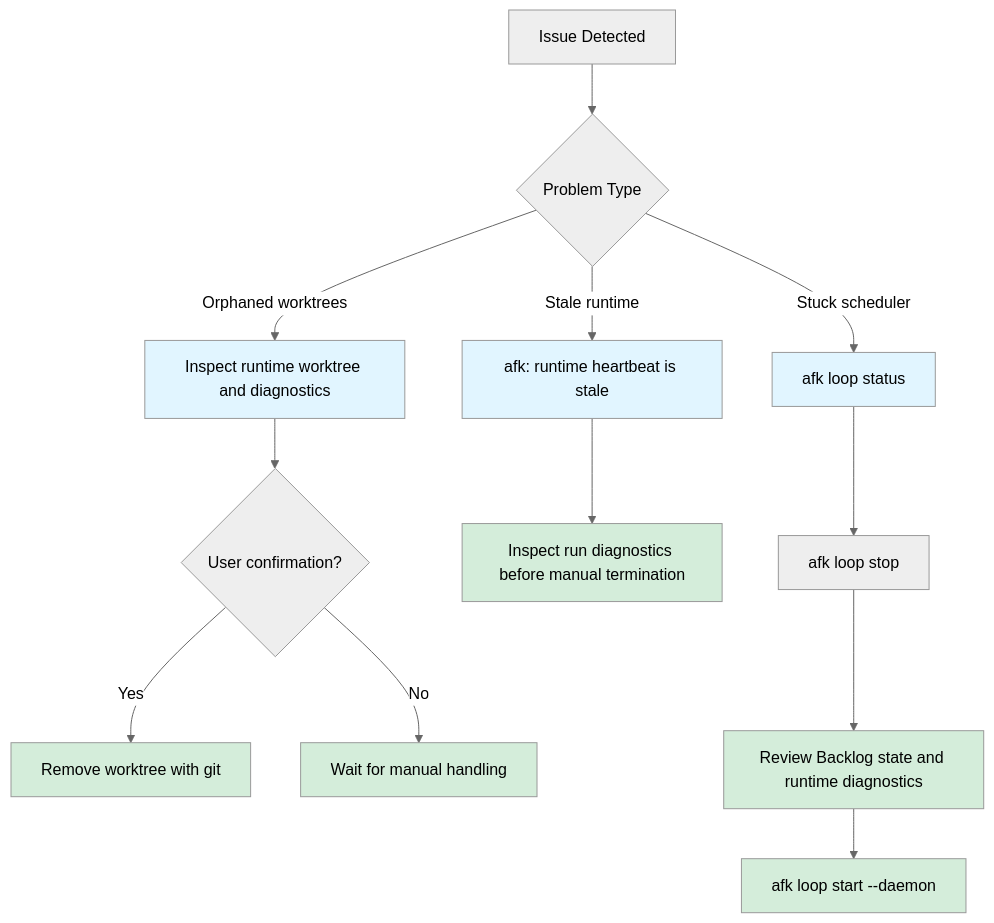
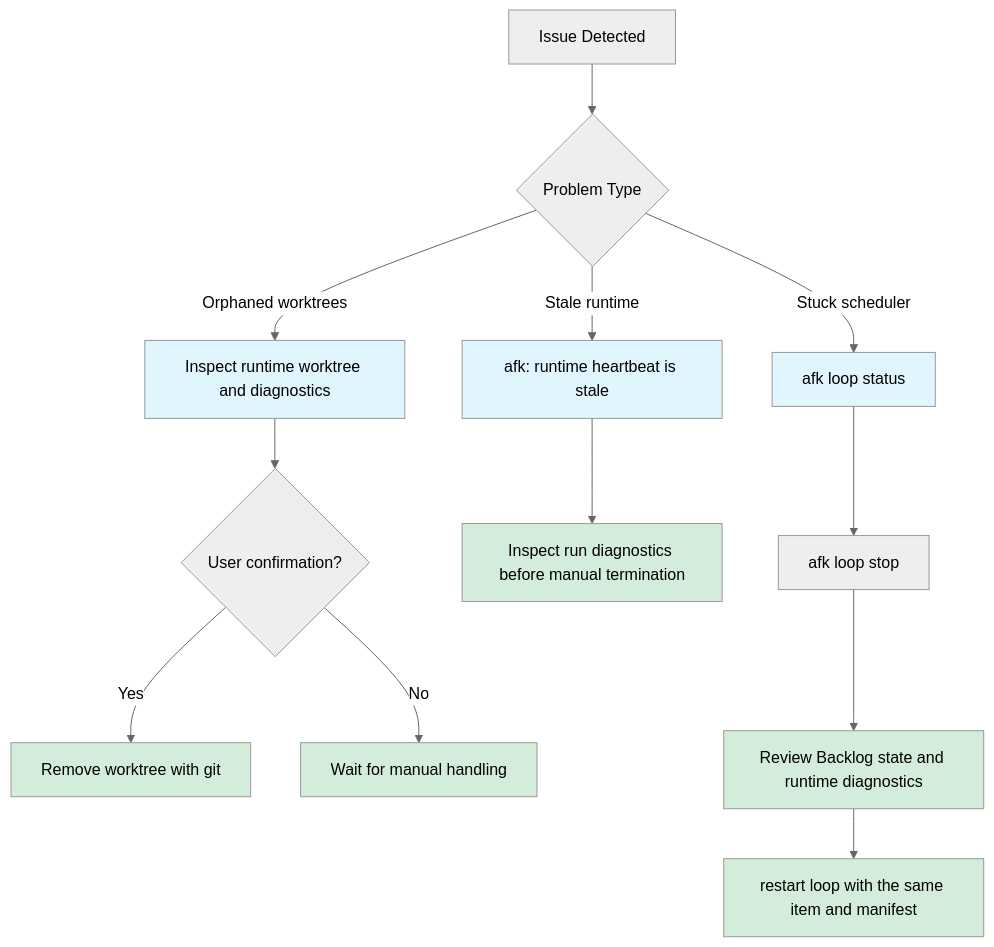
The eighth of 9 diagrams in docs/guides/workflows.md (easyhaloo/afk), drawn with Mermaid (neutral theme) before and after one commit. The commit also changed other lines of this file and 129 other files, not shown here.

````diff
--- a/docs/guides/workflows.md
+++ b/docs/guides/workflows.md
@@ -434,22 +432,22 @@
 ```mermaid
 flowchart TD
     Issue[Issue Detected] --> Type{Problem Type}
 
     Type -->|Orphaned worktrees| Orphan["Inspect runtime worktree and diagnostics"]
     Orphan --> Confirm{User confirmation?}
     Confirm -->|Yes| Prune["Remove worktree with git"]
     Confirm -->|No| Wait[Wait for manual handling]
 
     Type -->|Stale runtime| Expired["afk: runtime heartbeat is stale"]
     Expired --> Kill["Inspect run diagnostics before manual termination"]
 
     Type -->|Stuck scheduler| Stuck[afk loop status]
     Stuck --> Pause[afk loop stop]
     Pause --> Manual["Review Backlog state and runtime diagnostics"]
-    Manual --> Resume[afk loop start --daemon]
+    Manual --> Resume[restart loop with the same item and manifest]
 
     classDef detect fill:#e1f5ff
     classDef action fill:#d4edda
     class Orphan,Expired,Stuck detect
     class Prune,Kill,Manual,Resume,Wait action
 ```
````
